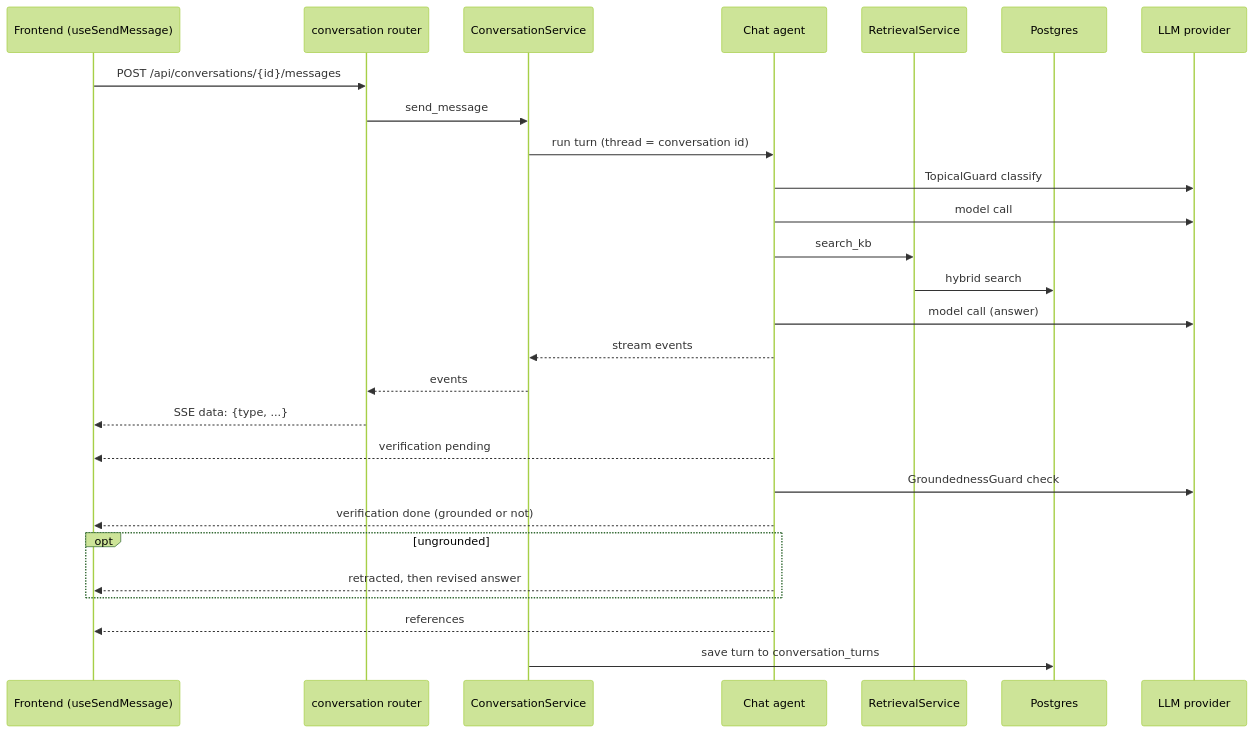
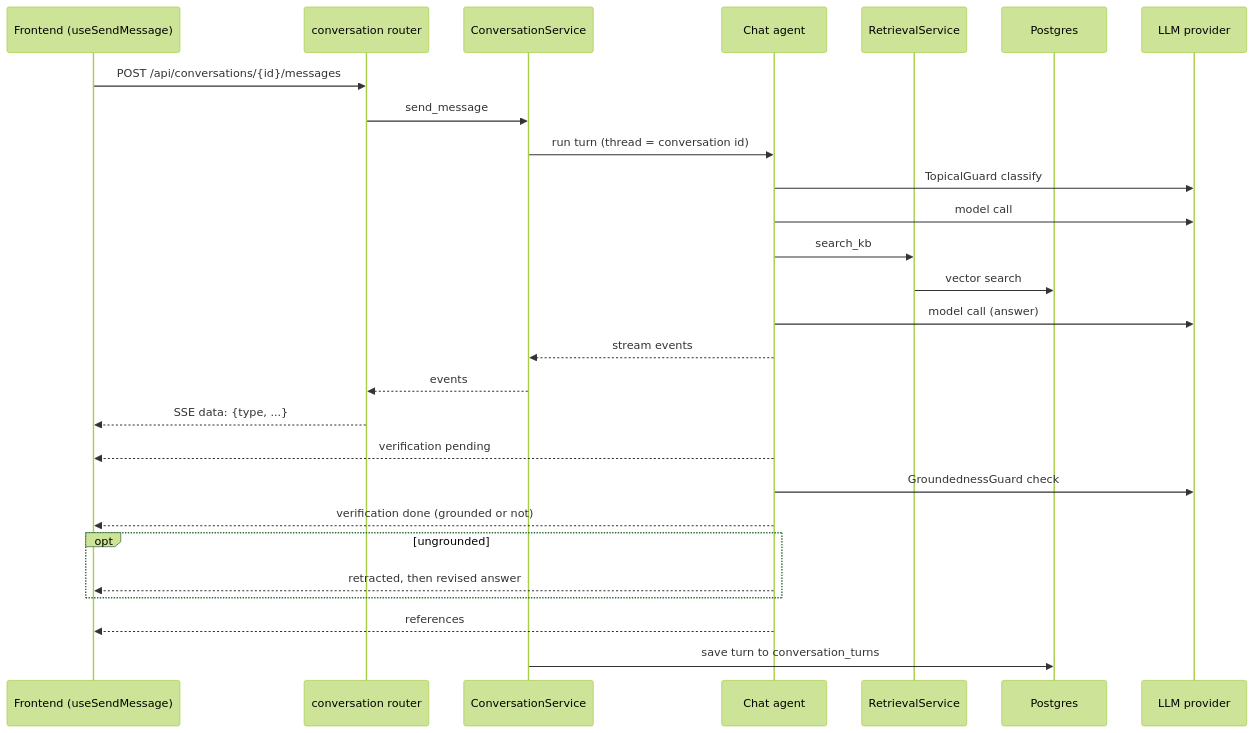
Before and after one commit to hadifar/rag: the diagram in docs/diagrams/chat-turn.md, drawn with Mermaid (forest theme). The commit also changed 31 other files, not shown here.

Commit message:
refactor(retrieval): search by vector similarity only

````diff
--- a/docs/diagrams/chat-turn.md
+++ b/docs/diagrams/chat-turn.md
@@ -3,30 +3,30 @@
 ```mermaid
 sequenceDiagram
     participant UI as Frontend (useSendMessage)
     participant R as conversation router
     participant CS as ConversationService
     participant A as Chat agent
     participant KB as RetrievalService
     participant DB as Postgres
     participant LLM as LLM provider
 
     UI->>R: POST /api/conversations/{id}/messages
     R->>CS: send_message
     CS->>A: run turn (thread = conversation id)
     A->>LLM: TopicalGuard classify
     A->>LLM: model call
     A->>KB: search_kb
-    KB->>DB: hybrid search
+    KB->>DB: vector search
     A->>LLM: model call (answer)
     A-->>CS: stream events
     CS-->>R: events
     R-->>UI: SSE data: {type, ...}
     A-->>UI: verification pending
     A->>LLM: GroundednessGuard check
     A-->>UI: verification done (grounded or not)
     opt ungrounded
         A-->>UI: retracted, then revised answer
     end
     A-->>UI: references
     CS->>DB: save turn to conversation_turns
 ```
````
